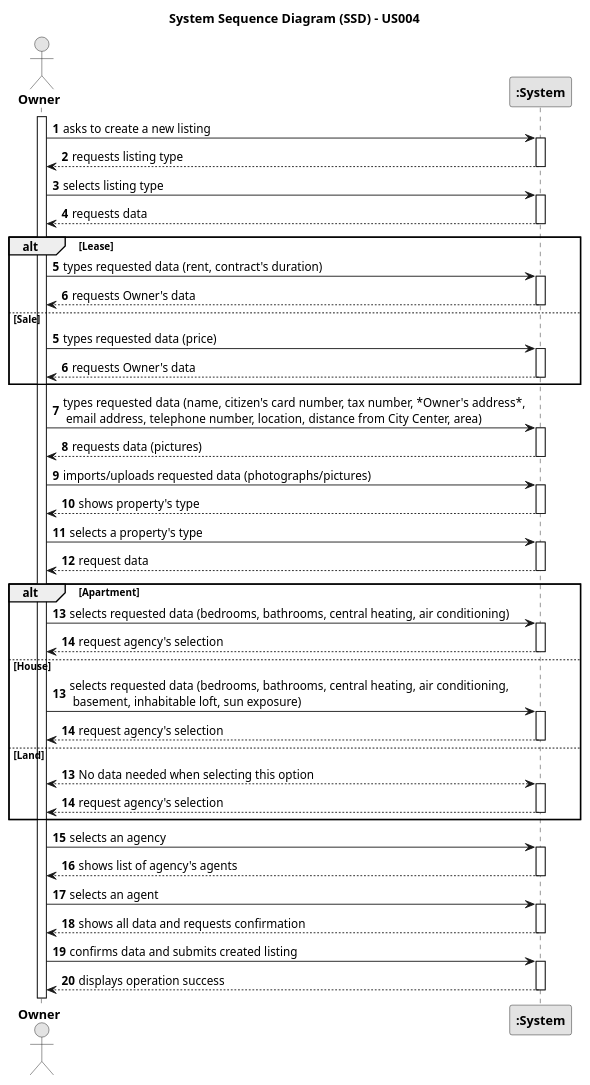
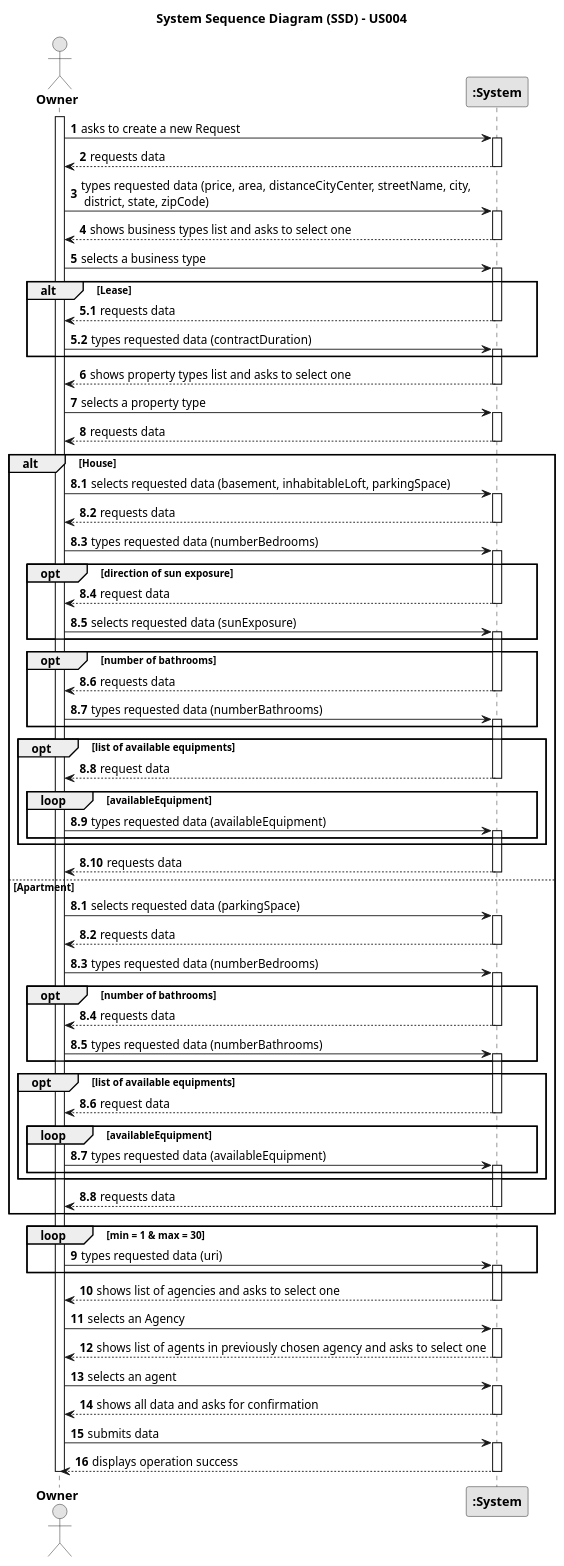
The diagram in docs/sprintB/us004/01.requirements-engineering/puml/us004-system-sequence-diagram.puml (rita-barbosa/LAPR2-2223), drawn with PlantUML before and after one commit. The commit also changed 1 other file, not shown here.

```diff
--- a/docs/sprintB/us004/01.requirements-engineering/puml/us004-system-sequence-diagram.puml
+++ b/docs/sprintB/us004/01.requirements-engineering/puml/us004-system-sequence-diagram.puml
@@ -1,113 +1,197 @@
 @startuml
+
 skinparam monochrome true
 skinparam packageStyle rectangle
 skinparam shadowing false
+
+actor "<b>Owner</b>" as Owner
+participant "<b>:System</b>" as System
 
 title System Sequence Diagram (SSD) - US004
 
 autonumber
 
-actor "<b>Owner</b>" as Owner
-participant "<b>:System</b>" as System
-
 activate Owner
 
-    Owner -> System : asks to create a new listing
-    activate System
+    Owner -> System : asks to create a new Request
 
-        System --> Owner : requests listing type
+        activate System
+
+        System --> Owner : requests data
+
+        deactivate System
+
+    Owner -> System : types requested data (price, area, distanceCityCenter, streetName, city,\n district, state, zipCode)
+
+        activate System
+
+        System --> Owner : shows business types list and asks to select one
+
+        deactivate System
+
+    Owner -> System : selects a business type
+
+        activate System
+
+            alt Lease
+
+                autonumber 5.1
+                System --> Owner : requests data
+
+                deactivate System
+
+                Owner -> System : types requested data (contractDuration)
+
+                activate System
+
+            end alt
+
+        autonumber 6
+
+        activate System
+
+        System --> Owner : shows property types list and asks to select one
+
+        deactivate System
+
+    Owner -> System : selects a property type
+
+     activate System
+
+     System --> Owner : requests data
+
+     deactivate System
+
+     alt House
+         autonumber 8.1
+
+     Owner -> System : selects requested data (basement, inhabitableLoft, parkingSpace)
+
+         activate System
+
+         System --> Owner : requests data
+         deactivate System
+
+     Owner -> System : types requested data (numberBedrooms)
+
+         activate System
+
+             opt direction of sun exposure
+
+             System --> Owner : request data
+             deactivate System
+
+     Owner -> System : selects requested data (sunExposure)
+             activate System
+
+             end opt
+
+            opt number of bathrooms
+
+             System --> Owner : requests data
+             deactivate System
+
+     Owner -> System : types requested data (numberBathrooms)
+             activate System
+
+            end  opt
+
+            opt list of available equipments
+
+             System --> Owner : request data
+             deactivate System
+
+                 loop availableEquipment
+
+     Owner -> System : types requested data (availableEquipment)
+
+                     activate System
+                 end loop
+
+             end opt
+
+         System --> Owner : requests data
+         deactivate System
+
+     else Apartment
+
+         autonumber 8.1
+
+     Owner -> System : selects requested data (parkingSpace)
+
+         activate System
+
+         System --> Owner : requests data
+
+         deactivate System
+
+     Owner -> System : types requested data (numberBedrooms)
+
+         activate System
+
+        opt number of bathrooms
+
+         System --> Owner : requests data
+         deactivate System
+
+     Owner -> System : types requested data (numberBathrooms)
+
+         activate System
+
+        end  opt
+
+        opt list of available equipments
+
+            System --> Owner : request data
+            deactivate System
+
+             loop availableEquipment
+
+     Owner -> System : types requested data (availableEquipment)
+
+                 activate System
+             end loop
+
+        end opt
+
+         System --> Owner : requests data
+         deactivate System
+
+         end alt
+
+        loop min = 1 & max = 30
+
+            autonumber 9
+
+     Owner -> System : types requested data (uri)
+
+            activate System
+        end loop
+
+    System --> Owner : shows list of agencies and asks to select one
     deactivate System
 
-    Owner -> System : selects listing type
-    activate System
+     Owner -> System : selects an Agency
 
-        System --> Owner : requests data
-    deactivate System
-
-
-
- alt Lease
-        autonumber 5
-        "Owner" -> System: types requested data (rent, contract's duration)
         activate System
 
-            System --> "Owner" : requests Owner's data
+        System --> Owner : shows list of agents in previously chosen agency and asks to select one
         deactivate System
 
-    else Sale
-        autonumber 5
-        "Owner" -> System: types requested data (price)
+     Owner -> System : selects an agent
+
         activate System
 
-            System --> "Owner" : requests Owner's data
+        System --> Owner : shows all data and asks for confirmation
+
         deactivate System
 
-    end
+     Owner -> System : submits data
 
-    Owner -> System : types requested data (name, citizen's card number, tax number, *Owner's address*,\n email address, telephone number, location, distance from City Center, area)
-    activate System
+        activate System
 
-    System --> "Owner" : requests data (pictures)
-    deactivate System
-
-    Owner -> System : imports/uploads requested data (photographs/pictures)
-    activate System
-
-    System --> Owner : shows property's type
+        System --> Owner : displays operation success
         deactivate System
 
-    Owner -> System : selects a property's type
-    activate System
-
-    System --> Owner : request data
-    deactivate System
-
-   alt Apartment
-
-        "Owner" -> System : selects requested data (bedrooms, bathrooms, central heating, air conditioning)
-        activate System
-
-        System --> Owner : request agency's selection
-        deactivate System
-
-    else House
-
-        autonumber 13
-        "Owner" -> System: selects requested data (bedrooms, bathrooms, central heating, air conditioning,\n basement, inhabitable loft, sun exposure)
-        activate System
-
-        System --> Owner : request agency's selection
-        deactivate System
-
-    else Land
-        autonumber 13
-        "Owner" <--> System: No data needed when selecting this option
-        activate System
-
-        System --> Owner : request agency's selection
-        deactivate System
-    end
-
-    autonumber 15
-
-       Owner -> System : selects an agency
-        activate System
-
-       System --> Owner : shows list of agency's agents
-    deactivate System
-
-
-        Owner -> System : selects an agent
-    activate System
-
-    System --> Owner : shows all data and requests confirmation
-    deactivate System
-
-
-        "Owner" -> System : confirms data and submits created listing
-    activate System
-
-    System --> "Owner" : displays operation success
-    deactivate System
-
+deactivate Owner
 @enduml
```
